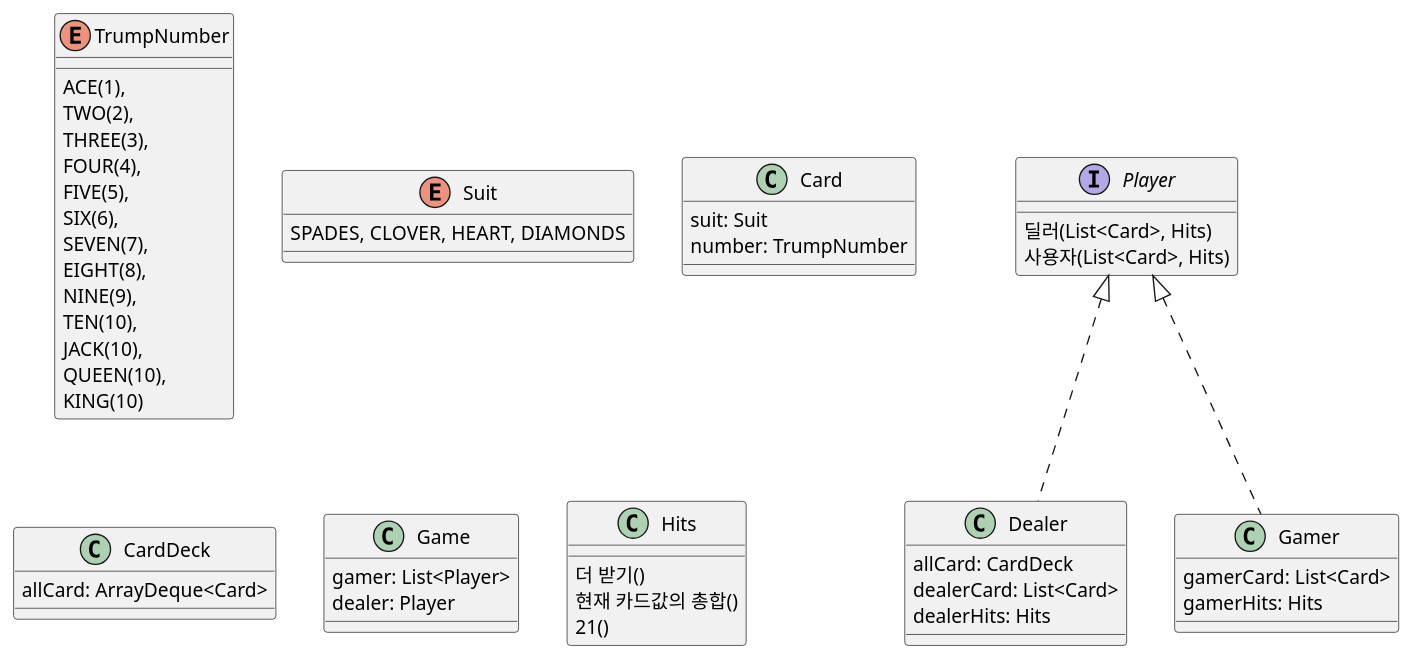
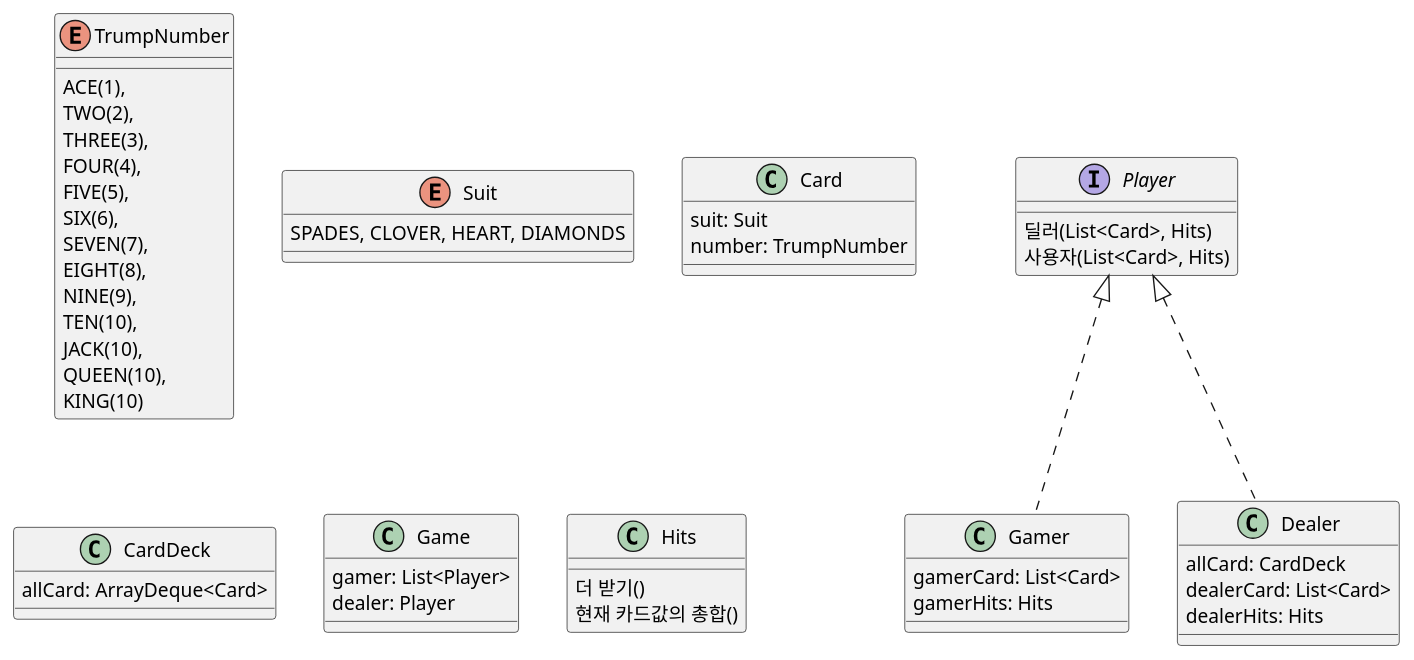
The diagram in blackjack/blackjack.puml (choomi1217/Code-Kata), drawn with PlantUML before and after one commit.

Commit message:
:memo: 설계 UML 수정

```diff
--- a/blackjack/blackjack.puml
+++ b/blackjack/blackjack.puml
@@ -1,68 +1,70 @@
  @startuml
 
 enum TrumpNumber {
     ACE(1),
     TWO(2),
     THREE(3),
     FOUR(4),
     FIVE(5),
     SIX(6),
     SEVEN(7),
     EIGHT(8),
     NINE(9),
     TEN(10),
     JACK(10),
     QUEEN(10),
     KING(10)
 }
 
 enum Suit {
     SPADES, CLOVER, HEART, DIAMONDS
 }
 
 class Card {
     suit: Suit
     number: TrumpNumber
 }
 
 class CardDeck {
     allCard: ArrayDeque<Card>
 }
 
+
+
 interface Player {
     딜러(List<Card>, Hits)
     사용자(List<Card>, Hits)
+}
+
+class Gamer implements Player {
+    gamerCard: List<Card>
+    gamerHits: Hits
 }
 
 class Dealer implements Player {
     allCard: CardDeck
     dealerCard: List<Card>
     dealerHits: Hits
 }
 
-class Gamer implements Player {
-    gamerCard: List<Card>
-    gamerHits: Hits
-}
 
 class Game {
     gamer: List<Player>
     dealer: Player
 }
 
 class Hits {
     더 받기()
     현재 카드값의 총합()
-    21()
 }
 
 /'그만두기랑 카드 더 받기는 게이머한테만 있으면 되고
 딜러는 16이하이면 더 받기 16초과면 그만두기
 그만두기, 더 받기
 __개뻘짓__으로 확장성을 고려하여 사용자의 받기와 딜러의 받기를 다르게 구현하기 위해 Interface로 구현한다.
 딜러와 사용자가 같은 메서드를 사용해야 한다.
 그걸 인터페이스로 구현할 필요가 있을까?
 그리고 더 받았는데 21 이상이면 게임이 끝나니까 21이 초과 되었는지 확인하는 메소드만 공통적으로 있으면 될 것 같아'/
 
 
 @enduml
```
